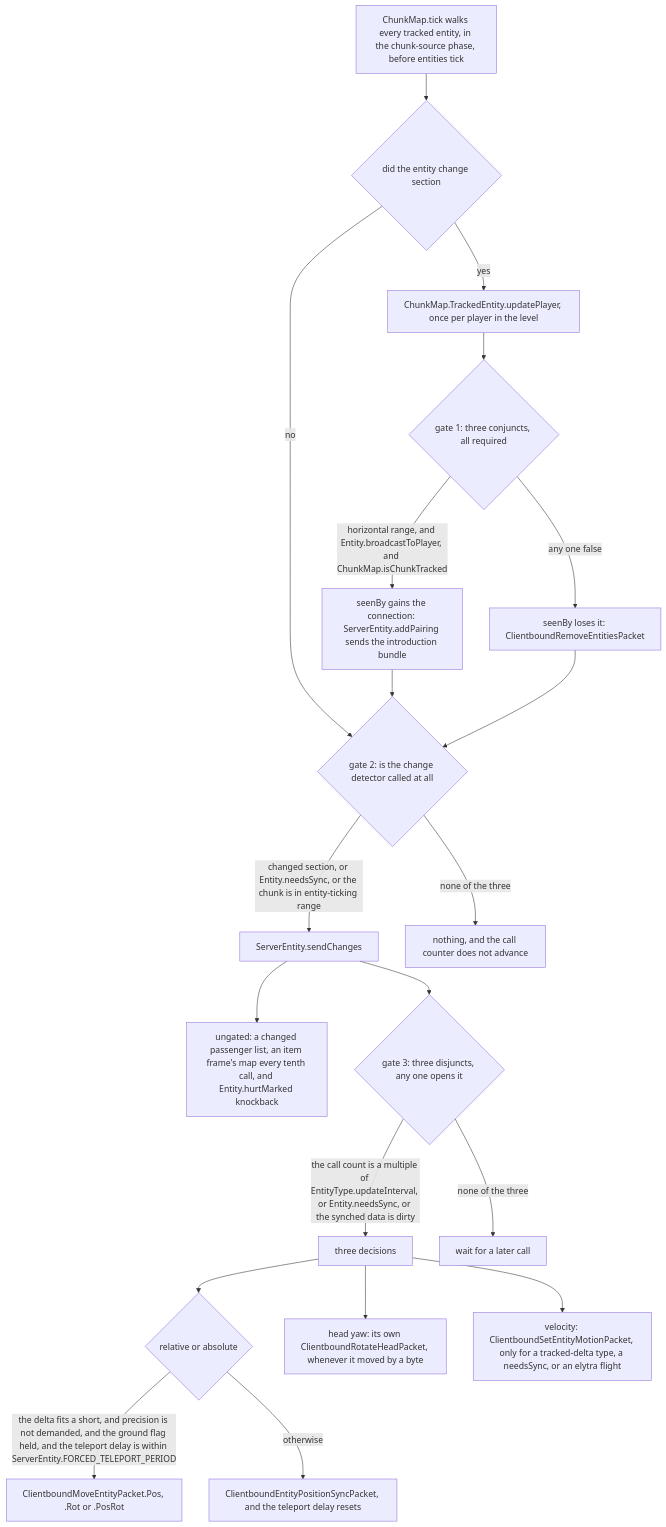
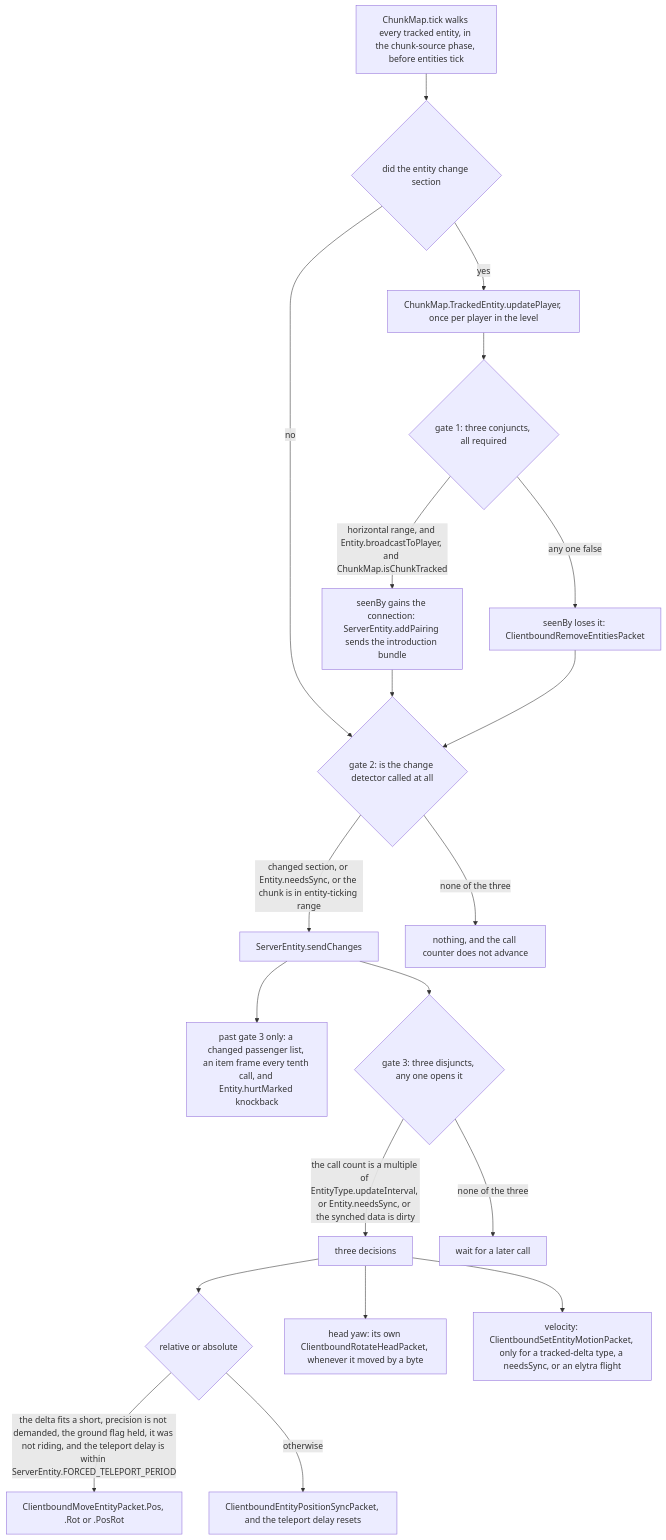
The first of 2 diagrams in src/systems/networking/what-the-client-is-told.md (AlexanderjFraser/MinecraftDocs), drawn with Mermaid before and after one commit. The commit also changed other lines of this file and 10 other files, not shown here.

````diff
--- a/src/systems/networking/what-the-client-is-told.md
+++ b/src/systems/networking/what-the-client-is-told.md
@@ -32,22 +32,22 @@
 ```mermaid
 flowchart TD
     TICK["ChunkMap.tick walks every tracked entity, in the chunk-source phase, before entities tick"] --> SEC{"did the entity change section"}
     SEC -- yes --> UP["ChunkMap.TrackedEntity.updatePlayer, once per player in the level"]
     UP --> G1{"gate 1: three conjuncts, all required"}
     G1 -- "horizontal range, and Entity.broadcastToPlayer, and ChunkMap.isChunkTracked" --> IN["seenBy gains the connection: ServerEntity.addPairing sends the introduction bundle"]
     G1 -- "any one false" --> OUT["seenBy loses it: ClientboundRemoveEntitiesPacket"]
     SEC -- no --> G2{"gate 2: is the change detector called at all"}
     IN --> G2
     OUT --> G2
     G2 -- "changed section, or Entity.needsSync, or the chunk is in entity-ticking range" --> SC["ServerEntity.sendChanges"]
     G2 -- "none of the three" --> MUTE["nothing, and the call counter does not advance"]
-    SC --> FREE["ungated: a changed passenger list, an item frame's map every tenth call, and Entity.hurtMarked knockback"]
+    SC --> FREE["past gate 3 only: a changed passenger list, an item frame every tenth call, and Entity.hurtMarked knockback"]
     SC --> G3{"gate 3: three disjuncts, any one opens it"}
     G3 -- "the call count is a multiple of EntityType.updateInterval, or Entity.needsSync, or the synched data is dirty" --> D["three decisions"]
     G3 -- "none of the three" --> WAIT["wait for a later call"]
     D --> D1{"relative or absolute"}
-    D1 -- "the delta fits a short, and precision is not demanded, and the ground flag held, and the teleport delay is within ServerEntity.FORCED_TELEPORT_PERIOD" --> REL["ClientboundMoveEntityPacket.Pos, .Rot or .PosRot"]
+    D1 -- "the delta fits a short, precision is not demanded, the ground flag held, it was not riding, and the teleport delay is within ServerEntity.FORCED_TELEPORT_PERIOD" --> REL["ClientboundMoveEntityPacket.Pos, .Rot or .PosRot"]
     D1 -- otherwise --> ABS["ClientboundEntityPositionSyncPacket, and the teleport delay resets"]
     D --> D2["head yaw: its own ClientboundRotateHeadPacket, whenever it moved by a byte"]
     D --> D3["velocity: ClientboundSetEntityMotionPacket, only for a tracked-delta type, a needsSync, or an elytra flight"]
 ```
````
